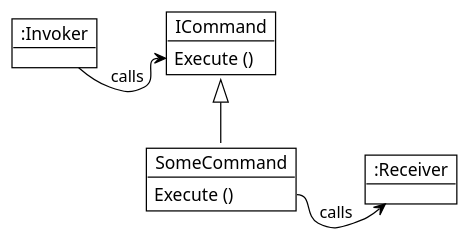
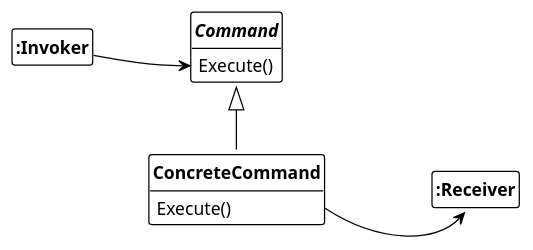
Before and after one commit to dst80/design-patterns: the diagram in behavioral_pattern/command/command.md, drawn with PlantUML. The commit also changed 10 other files, not shown here.

````diff
--- a/behavioral_pattern/command/command.md
+++ b/behavioral_pattern/command/command.md
@@ -7,22 +7,26 @@
 ```plantuml
 @startuml command_pattern
 !theme plain
-skinparam nodesep 20
+skinparam nodesep 70
 skinparam ranksep 50
+hide circle
+hide fields
 
-object ":Invoker" as Invoker
-object ":Receiver" as Receiver
+class "**:Invoker**" as invoker
+hide invoker members
+class "**:Receiver**" as receiver 
+hide receiver members
 
-object "ICommand" as ICommand {
-  Execute ()
+interface "**Command**" as command {
+  Execute()
 }
 
-object "SomeCommand" as SomeCommand {
-  Execute ()
+class "**ConcreteCommand**" as concrete_command {
+  Execute()
 }
 
-Invoker -> ICommand::Execute : calls
-ICommand <|-- SomeCommand
-SomeCommand::Execute -> Receiver : calls
+invoker -> command::Execute
+command <|-- concrete_command
+concrete_command::Execute -r-> receiver::Receiver
 @enduml
 ```
````
